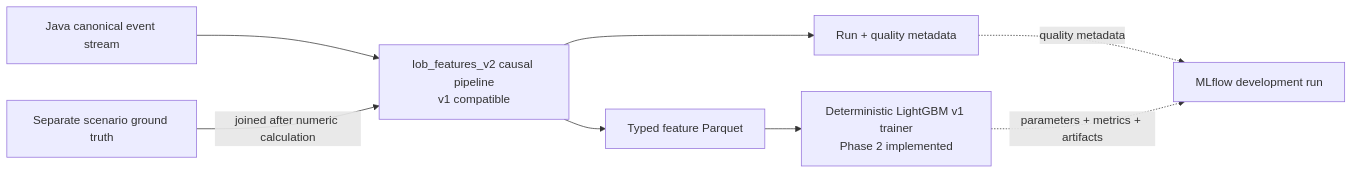
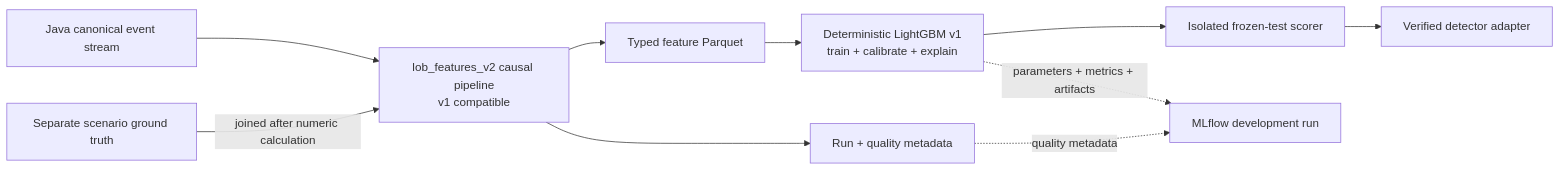
One commit to khab40/lob-arena changed the third of 8 diagrams in docs/architecture.md. Above: the diagram before and after it, drawn with Mermaid. The commit also changed other lines of this file and 20 other files, not shown here.

Commit message:
Complete governed LightGBM v1

````diff
--- a/docs/architecture.md
+++ b/docs/architecture.md
@@ -166,18 +166,22 @@
 ```mermaid
 graph LR
     Canonical["Java canonical event stream"]
     Feature["lob_features_v2 causal pipeline<br/>v1 compatible"]
     Truth["Separate scenario ground truth"]
     Parquet["Typed feature Parquet"]
     Quality["Run + quality metadata"]
-    Trainer["Deterministic LightGBM v1 trainer<br/>Phase 2 implemented"]
+    Trainer["Deterministic LightGBM v1<br/>train + calibrate + explain"]
+    Test["Isolated frozen-test scorer"]
+    Adapter["Verified detector adapter"]
     MLflow["MLflow development run"]
 
     Canonical --> Feature
     Truth -->|"joined after numeric calculation"| Feature
     Feature --> Parquet
     Feature --> Quality
     Parquet --> Trainer
+    Trainer --> Test
+    Test --> Adapter
     Quality -. "quality metadata" .-> MLflow
     Trainer -. "parameters + metrics + artifacts" .-> MLflow
 ```
````
